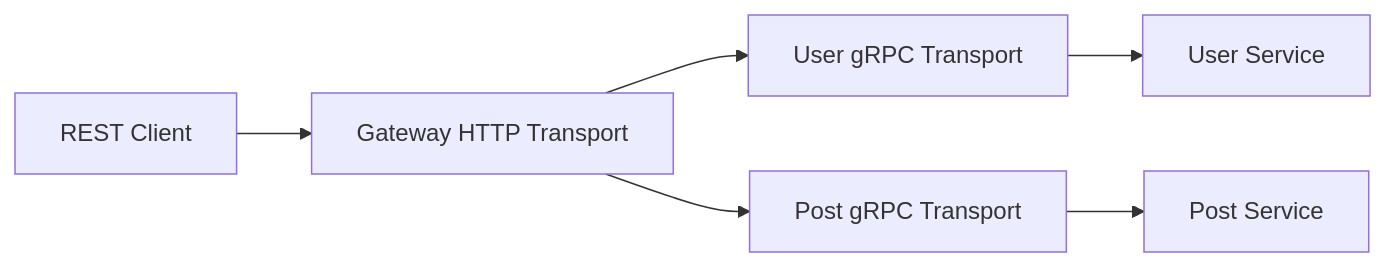
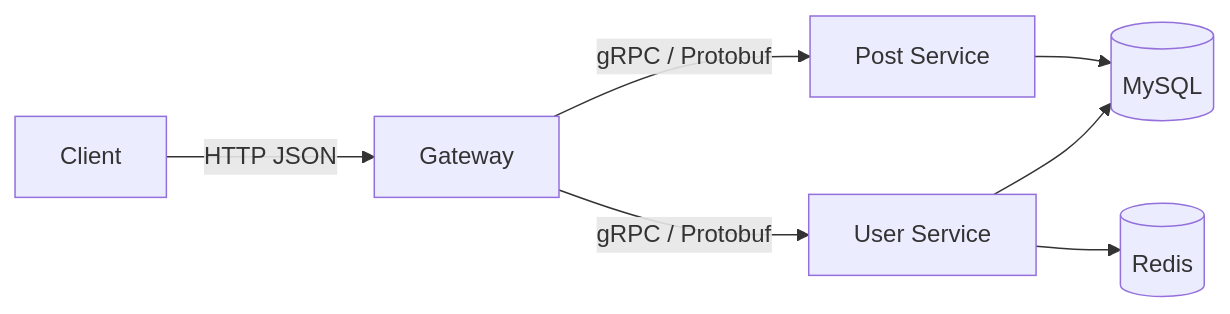
Before and after one commit to zzxrepository/gocode: the first of 5 diagrams in src/backend/go/frameworks-and-ecosystem/03-microservice-frameworks/01-kratos.md, drawn with Mermaid. The commit also changed other lines of this file and 1 other file, not shown here.

````diff
--- a/src/backend/go/frameworks-and-ecosystem/03-microservice-frameworks/01-kratos.md
+++ b/src/backend/go/frameworks-and-ecosystem/03-microservice-frameworks/01-kratos.md
@@ -30,8 +41,9 @@
-~~~mermaid
+```mermaid
 flowchart LR
-    A[REST Client] --> G[Gateway HTTP Transport]
-    G --> U[User gRPC Transport]
-    G --> P[Post gRPC Transport]
-    U --> US[User Service]
-    P --> PS[Post Service]
-~~~
+    C[Client] -->|HTTP JSON| G[Gateway]
+    G -->|gRPC / Protobuf| U[User Service]
+    G -->|gRPC / Protobuf| P[Post Service]
+    U --> M[(MySQL)]
+    U --> R[(Redis)]
+    P --> M
+```
````
